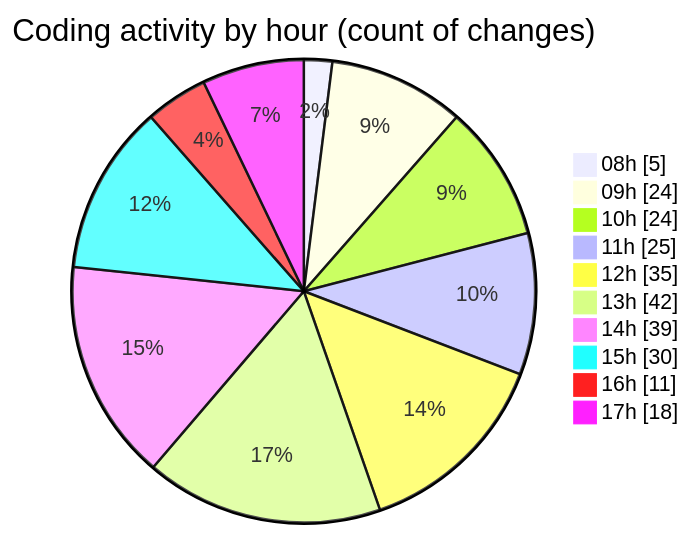
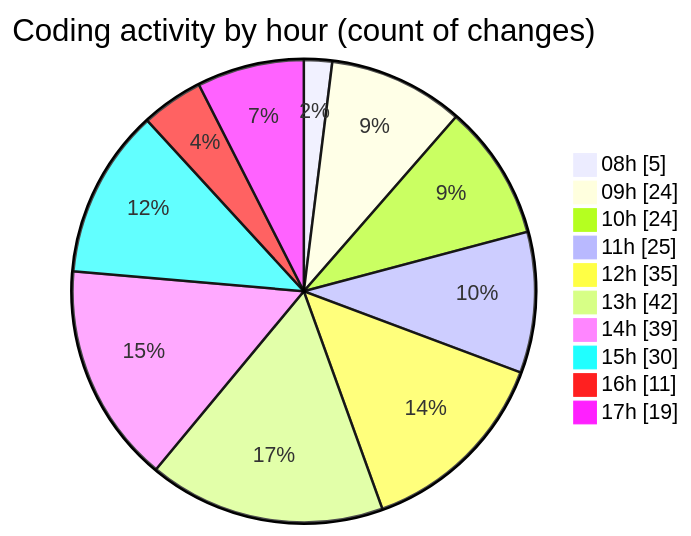
The second of 2 diagrams in 2025-11-24/cda/README.md (momahboobian/code-tracking), drawn with Mermaid before and after one commit. The commit also changed other lines of this file and 1 other file, not shown here.

````diff
--- a/2025-11-24/cda/README.md
+++ b/2025-11-24/cda/README.md
@@ -46,14 +47,14 @@
 ```mermaid
 pie showData
 title Coding activity by hour (count of changes)
 "08h" : 5
 "09h" : 24
 "10h" : 24
 "11h" : 25
 "12h" : 35
 "13h" : 42
 "14h" : 39
 "15h" : 30
 "16h" : 11
-"17h" : 18
+"17h" : 19
 ```
````
